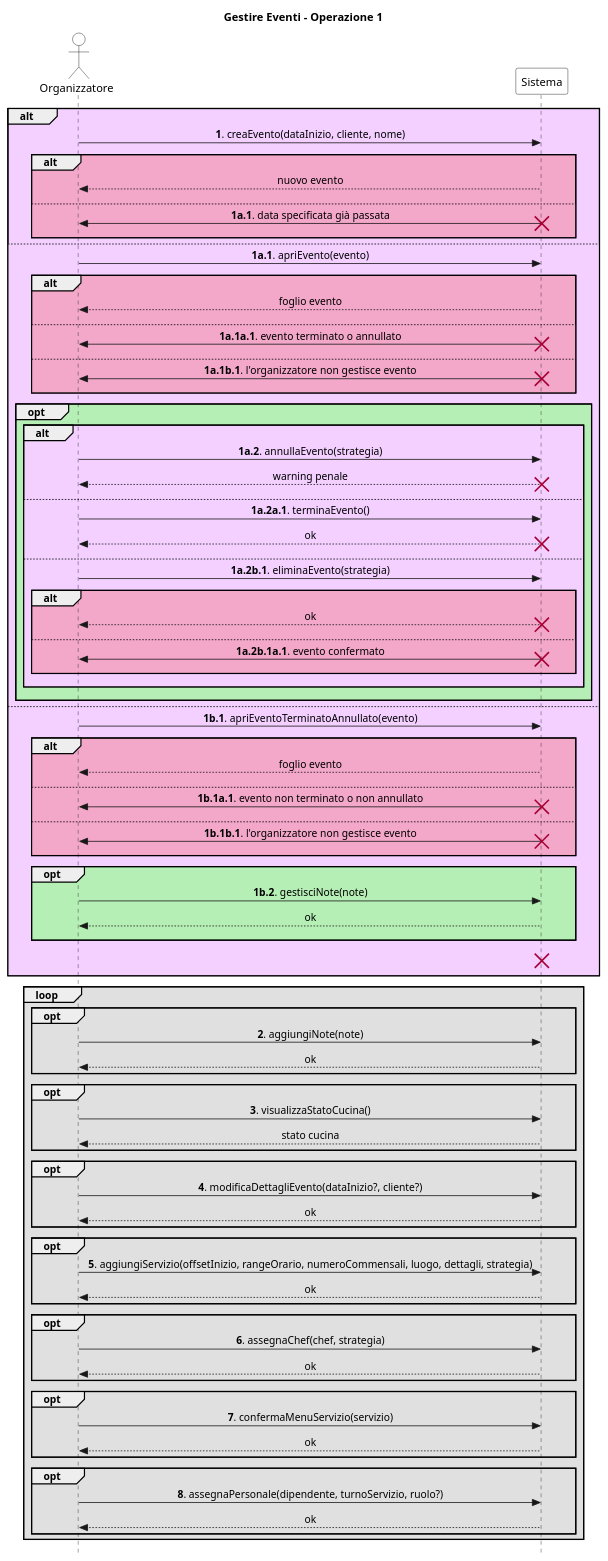
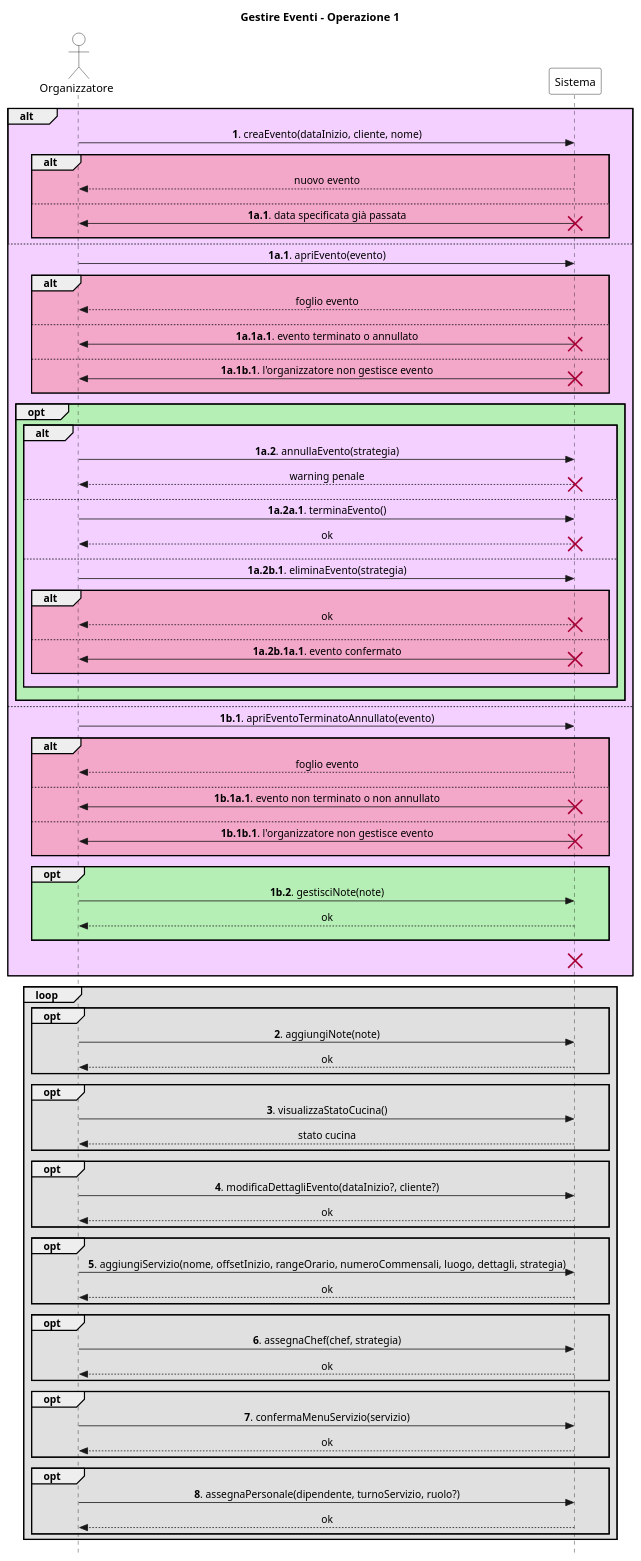
The diagram in UP/Requisiti/UC Gestire Eventi/SSD/Estensioni-Eccezioni Op1.puml (stefa168/sas-project), drawn with PlantUML before and after one commit. The commit also changed 6 other files, not shown here.

```diff
--- a/UP/Requisiti/UC Gestire Eventi/SSD/Estensioni-Eccezioni Op1.puml
+++ b/UP/Requisiti/UC Gestire Eventi/SSD/Estensioni-Eccezioni Op1.puml
@@ -1,132 +1,132 @@
 @startuml
 skinparam Style strictuml
 skinparam SequenceMessageAlign center
 
 skinparam sequence {
     ActorBorderColor Black
     ActorBackgroundColor White
     ParticipantBorderColor Black
     ParticipantBackgroundColor White
 }
 
 actor "Organizzatore" as org
 participant Sistema
 
 title Gestire Eventi - Operazione 1
 
 alt #f3d0ff
     org -> Sistema: **1**. creaEvento(dataInizio, cliente, nome)
     alt #f3a7c9
         return nuovo evento
         ||10||
     else
         org <- Sistema: **1a.1**. data specificata già passata
         destroy Sistema
         ||10||
     end
 else
     org -> Sistema: **1a.1**. apriEvento(evento)
     alt #f3a7c9
         return foglio evento
         ||10||
     else
         org <- Sistema: **1a.1a.1**. evento terminato o annullato
         destroy Sistema
         ||10||
     else
         org <- Sistema: **1a.1b.1**. l'organizzatore non gestisce evento
         destroy Sistema
         ||10||
     end
 
     opt #b6efb6
         alt #f3d0ff
             org -> Sistema: **1a.2**. annullaEvento(strategia)
             return warning penale
             destroy Sistema
             ||10||
         else
             org -> Sistema: **1a.2a.1**. terminaEvento()
             return ok
             destroy Sistema
             ||10||
         else
             org -> Sistema: **1a.2b.1**. eliminaEvento(strategia)
             alt #f3a7c9
                 return ok
                 destroy Sistema
                 ||10||
             else
                org <- Sistema: **1a.2b.1a.1**. evento confermato
                destroy Sistema
                ||10||
             end
             ||10||
         end
         ' non abbiamo modo di modificare il colore della X
         ||10||
     end
 else
     org -> Sistema: **1b.1**. apriEventoTerminatoAnnullato(evento)
     alt #f3a7c9
         return foglio evento
         ||10||
     else
         org <- Sistema: **1b.1a.1**. evento non terminato o non annullato
         destroy Sistema
         ||10||
     else
         org <- Sistema: **1b.1b.1**. l'organizzatore non gestisce evento
         destroy Sistema
         ||10||
     end
 
     opt #b6efb6
         org -> Sistema: **1b.2**. gestisciNote(note)
         return ok
         ||10||
     end
 
     ||10||
     destroy Sistema
 '    note over org, Sistema #fff: Il caso d'uso termina.
     ||10||
 end
 
 loop #e0e0e0
     opt #e0e0e0
         org -> Sistema: **2**. aggiungiNote(note)
         return ok
     end
 
     opt #e0e0e0
         org -> Sistema: **3**. visualizzaStatoCucina()
         return stato cucina
     end
 
     opt #e0e0e0
         org -> Sistema: **4**. modificaDettagliEvento(dataInizio?, cliente?)
         return ok
     end
 
     opt #e0e0e0
-        org -> Sistema: **5**. aggiungiServizio(offsetInizio, rangeOrario, numeroCommensali, luogo, dettagli, strategia)
+        org -> Sistema: **5**. aggiungiServizio(nome, offsetInizio, rangeOrario, numeroCommensali, luogo, dettagli, strategia)
         return ok
     end
 
     opt #e0e0e0
         org -> Sistema: **6**. assegnaChef(chef, strategia)
         return ok
     end
 
     opt #e0e0e0
         org -> Sistema: **7**. confermaMenuServizio(servizio)
         return ok
     end
 
     opt #e0e0e0
         org -> Sistema: **8**. assegnaPersonale(dipendente, turnoServizio, ruolo?)
         return ok
     end
 end
 @enduml
```
